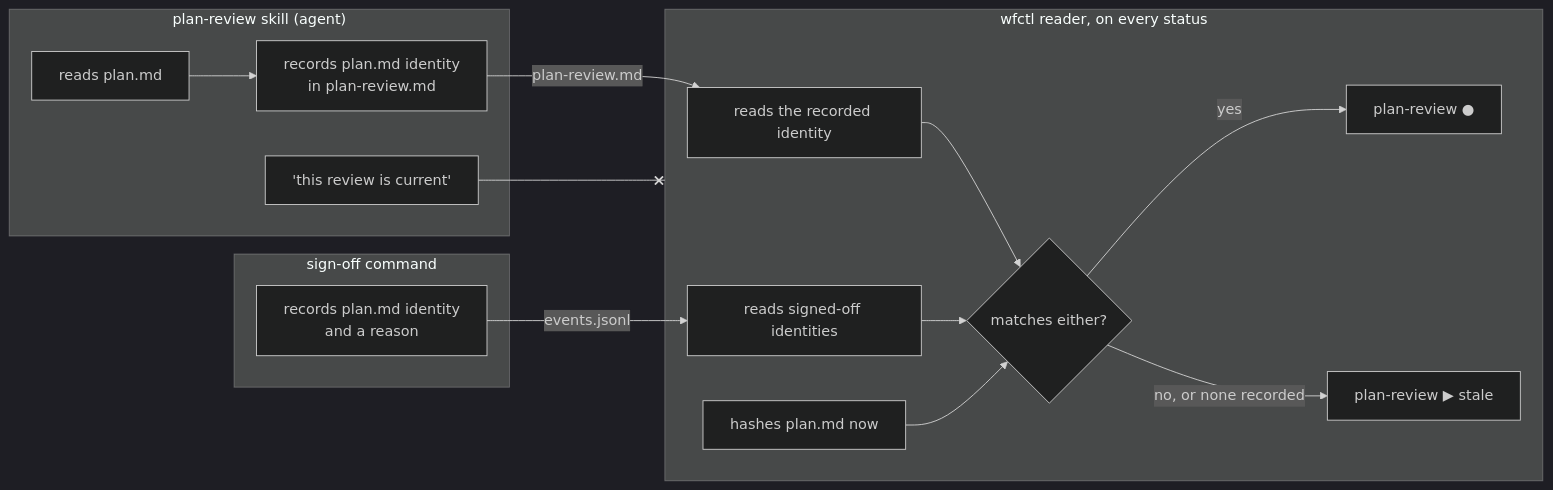
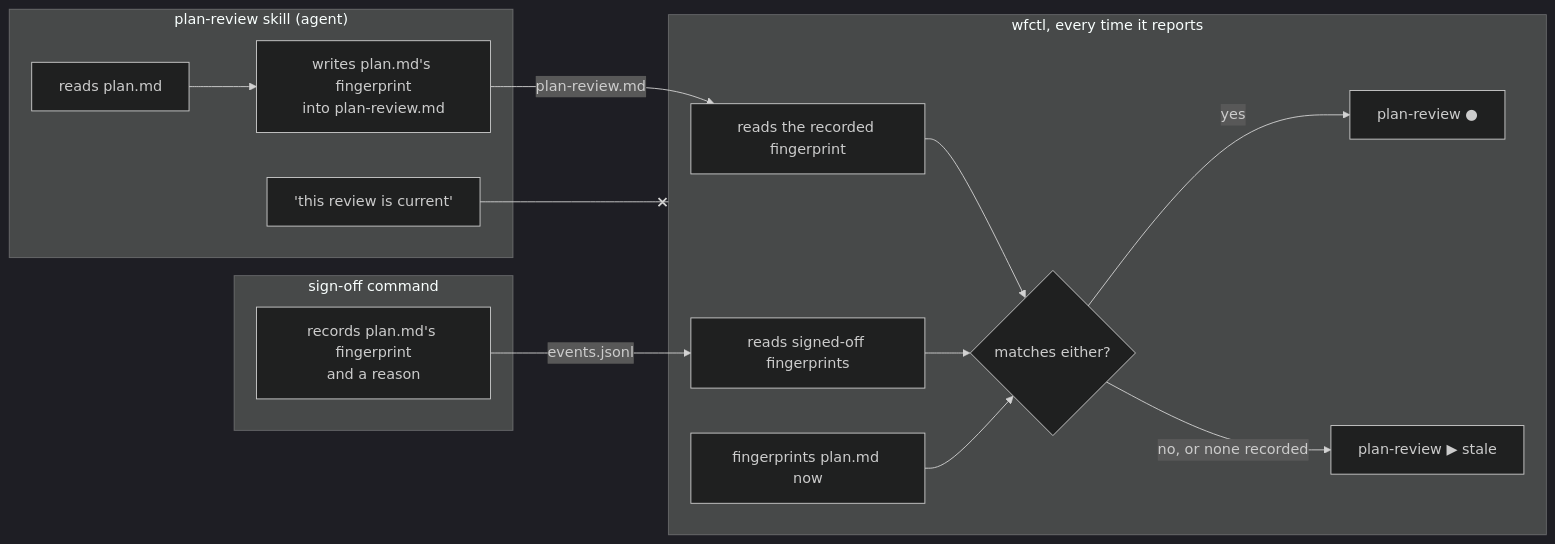
The diagram in docs/architecture/plan-edit-requires-new-review.md (aamarin/wfctl), drawn with Mermaid (dark theme) before and after one commit. The commit also changed other lines of this file and 3 other files, not shown here.

First line of the commit message:
docs(architecture): rewrite #501's records in plain language, each opening with the question it answers

````diff
--- a/docs/architecture/plan-edit-requires-new-review.md
+++ b/docs/architecture/plan-edit-requires-new-review.md
@@ -93,28 +109,28 @@
 ```mermaid
 flowchart LR
   subgraph skill["plan-review skill (agent)"]
     read["reads plan.md"]
-    record["records plan.md identity<br/>in plan-review.md"]
-    claim["'this review is current'"]
+    record["writes plan.md's fingerprint<br/>into plan-review.md"]
+    vouch["'this review is current'"]
   end
   subgraph signoff["sign-off command"]
-    accept["records plan.md identity<br/>and a reason"]
+    accept["records plan.md's fingerprint<br/>and a reason"]
   end
-  subgraph wfctl["wfctl reader, on every status"]
-    recorded["reads the recorded identity"]
-    signed["reads signed-off identities"]
-    now["hashes plan.md now"]
+  subgraph wfctl["wfctl, every time it reports"]
+    recorded["reads the recorded fingerprint"]
+    signed["reads signed-off fingerprints"]
+    now["fingerprints plan.md now"]
     cmp{"matches either?"}
     done["plan-review ●"]
     stale["plan-review ▶ stale"]
   end
   read --> record
   record -- "plan-review.md" --> recorded
   accept -- "events.jsonl" --> signed
   recorded --> cmp
   signed --> cmp
   now --> cmp
   cmp -- yes --> done
   cmp -- no, or none recorded --> stale
-  claim --x wfctl
+  vouch --x wfctl
 ```
````
